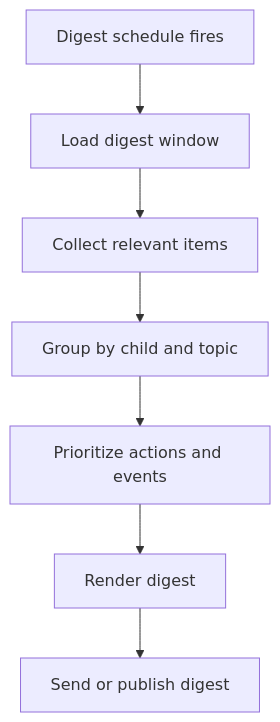
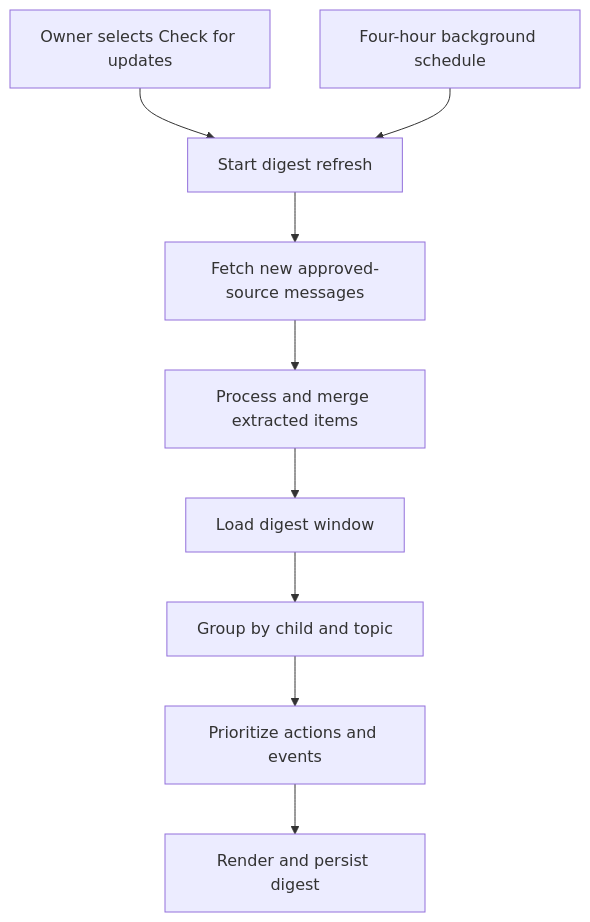
One commit to kid-scheduler/school-email-assistant changed the third of 3 diagrams in docs/langgraph-workflows.md. Above: the diagram before and after it, drawn with Mermaid. The commit also changed other lines of this file and 13 other files, not shown here.

````diff
--- a/docs/langgraph-workflows.md
+++ b/docs/langgraph-workflows.md
@@ -160,9 +164,11 @@
 ```mermaid
 flowchart TD
-  A["Digest schedule fires"] --> B["Load digest window"]
-  B --> C["Collect relevant items"]
-  C --> D["Group by child and topic"]
-  D --> E["Prioritize actions and events"]
-  E --> F["Render digest"]
-  F --> G["Send or publish digest"]
+  A["Owner selects Check for updates"] --> B["Start digest refresh"]
+  A2["Four-hour background schedule"] --> B
+  B --> C["Fetch new approved-source messages"]
+  C --> D["Process and merge extracted items"]
+  D --> E["Load digest window"]
+  E --> F["Group by child and topic"]
+  F --> G["Prioritize actions and events"]
+  G --> H["Render and persist digest"]
 ```
````
